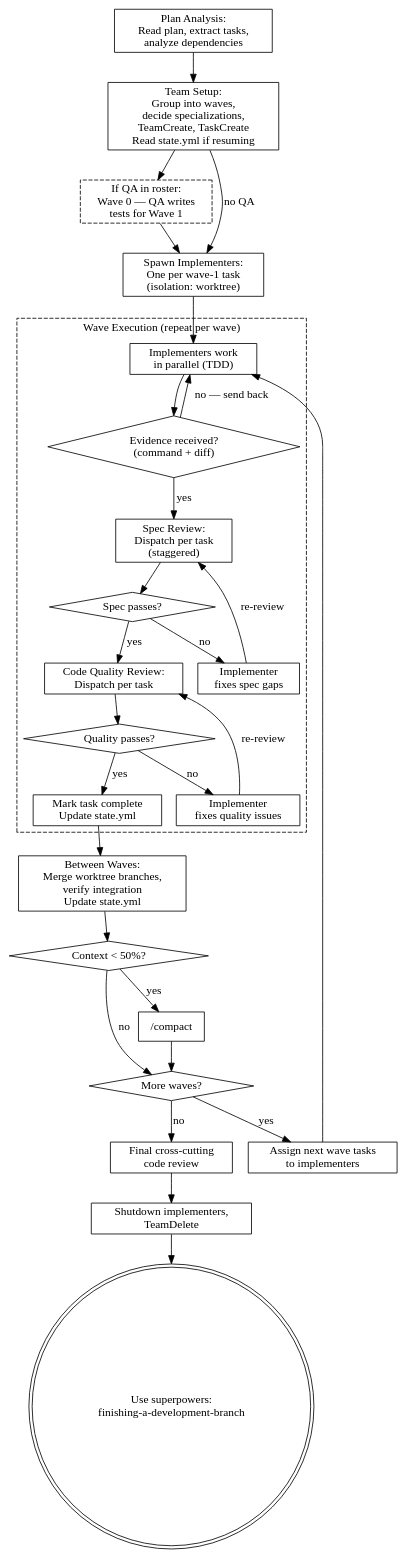
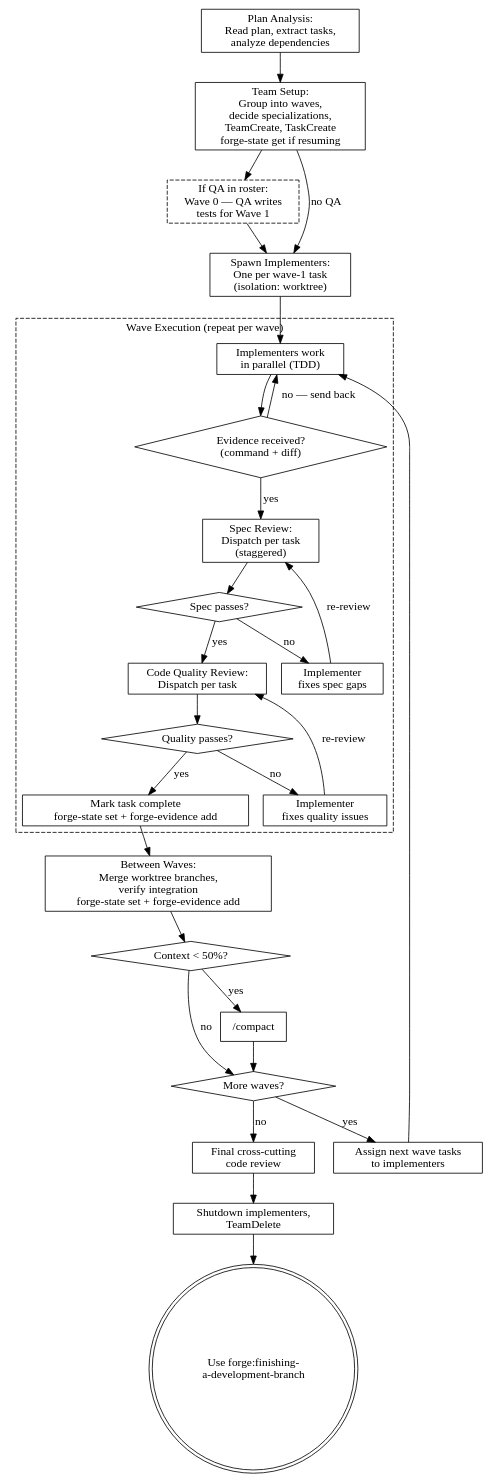
The diagram in skills/agent-team-driven-development/SKILL.md (rahulsc/superpowers), drawn with Graphviz before and after one commit. The commit also changed other lines of this file and 1 other file, not shown here.

Commit message:
feat(agent-team-driven-development): wire into forge state, evidence, and wave validation

````diff
--- a/skills/agent-team-driven-development/SKILL.md
+++ b/skills/agent-team-driven-development/SKILL.md
@@ -169,62 +168,62 @@
 ```dot
 digraph agent_team {
     rankdir=TB;
     node [shape=box];
 
     plan_analysis [label="Plan Analysis:\nRead plan, extract tasks,\nanalyze dependencies"];
-    team_setup [label="Team Setup:\nGroup into waves,\ndecide specializations,\nTeamCreate, TaskCreate\nRead state.yml if resuming"];
+    team_setup [label="Team Setup:\nGroup into waves,\ndecide specializations,\nTeamCreate, TaskCreate\nforge-state get if resuming"];
     qa_wave0 [label="If QA in roster:\nWave 0 — QA writes\ntests for Wave 1" style=dashed];
     spawn [label="Spawn Implementers:\nOne per wave-1 task\n(isolation: worktree)"];
 
     subgraph cluster_wave {
         label="Wave Execution (repeat per wave)";
         style=dashed;
 
         implement [label="Implementers work\nin parallel (TDD)"];
         evidence_check [label="Evidence received?\n(command + diff)" shape=diamond];
         spec_review [label="Spec Review:\nDispatch per task\n(staggered)"];
         spec_pass [label="Spec passes?" shape=diamond];
         fix_spec [label="Implementer\nfixes spec gaps"];
         code_review [label="Code Quality Review:\nDispatch per task"];
         code_pass [label="Quality passes?" shape=diamond];
         fix_quality [label="Implementer\nfixes quality issues"];
-        task_complete [label="Mark task complete\nUpdate state.yml"];
+        task_complete [label="Mark task complete\nforge-state set + forge-evidence add"];
     }
 
-    merge [label="Between Waves:\nMerge worktree branches,\nverify integration\nUpdate state.yml"];
+    merge [label="Between Waves:\nMerge worktree branches,\nverify integration\nforge-state set + forge-evidence add"];
     context_check [label="Context < 50%?" shape=diamond];
     compact [label="/compact"];
     wave_check [label="More waves?" shape=diamond];
     next_wave [label="Assign next wave tasks\nto implementers"];
     final_review [label="Final cross-cutting\ncode review"];
     shutdown [label="Shutdown implementers,\nTeamDelete"];
-    finish [label="Use superpowers:\nfinishing-a-development-branch" shape=doublecircle];
+    finish [label="Use forge:finishing-\na-development-branch" shape=doublecircle];
 
     plan_analysis -> team_setup;
     team_setup -> qa_wave0;
     qa_wave0 -> spawn;
     team_setup -> spawn [label="no QA"];
     spawn -> implement;
     implement -> evidence_check;
     evidence_check -> spec_review [label="yes"];
     evidence_check -> implement [label="no — send back"];
     spec_review -> spec_pass;
     spec_pass -> fix_spec [label="no"];
     fix_spec -> spec_review [label="re-review"];
     spec_pass -> code_review [label="yes"];
     code_review -> code_pass;
     code_pass -> fix_quality [label="no"];
     fix_quality -> code_review [label="re-review"];
     code_pass -> task_complete [label="yes"];
     task_complete -> merge;
     merge -> context_check;
     context_check -> compact [label="yes"];
     compact -> wave_check;
     context_check -> wave_check [label="no"];
     wave_check -> next_wave [label="yes"];
     next_wave -> implement;
     wave_check -> final_review [label="no"];
     final_review -> shutdown;
     shutdown -> finish;
 }
 ```
````
